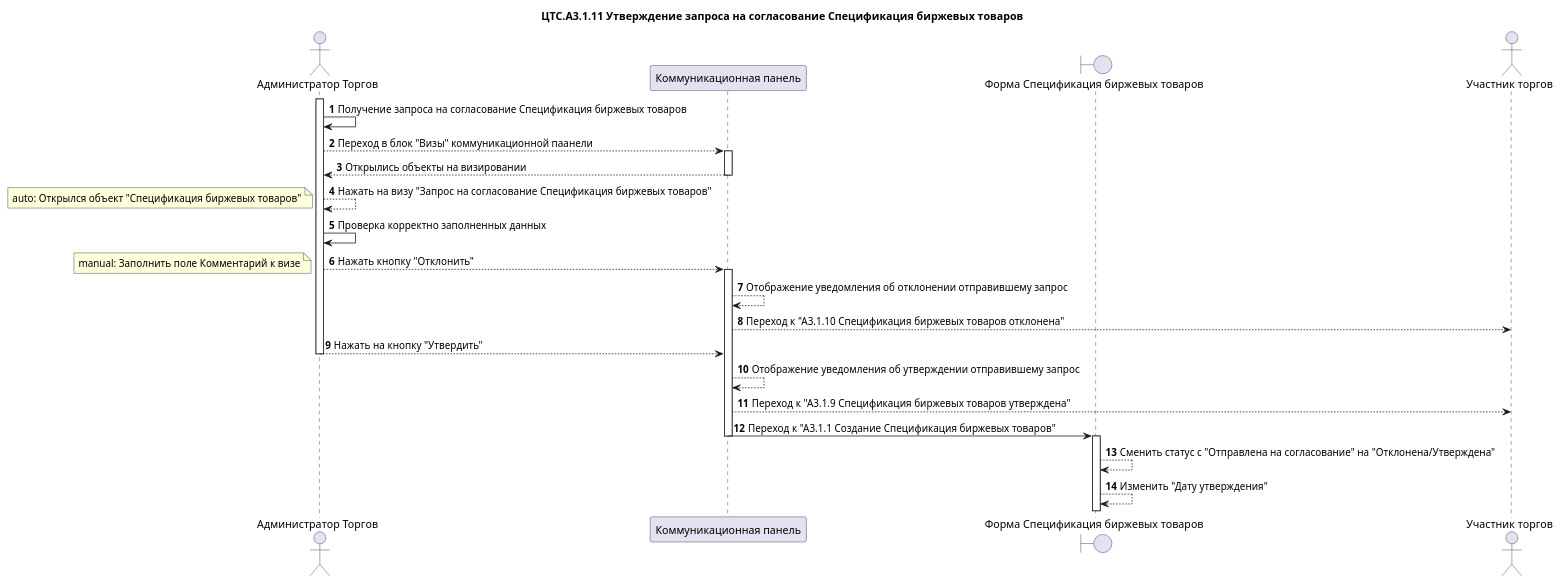
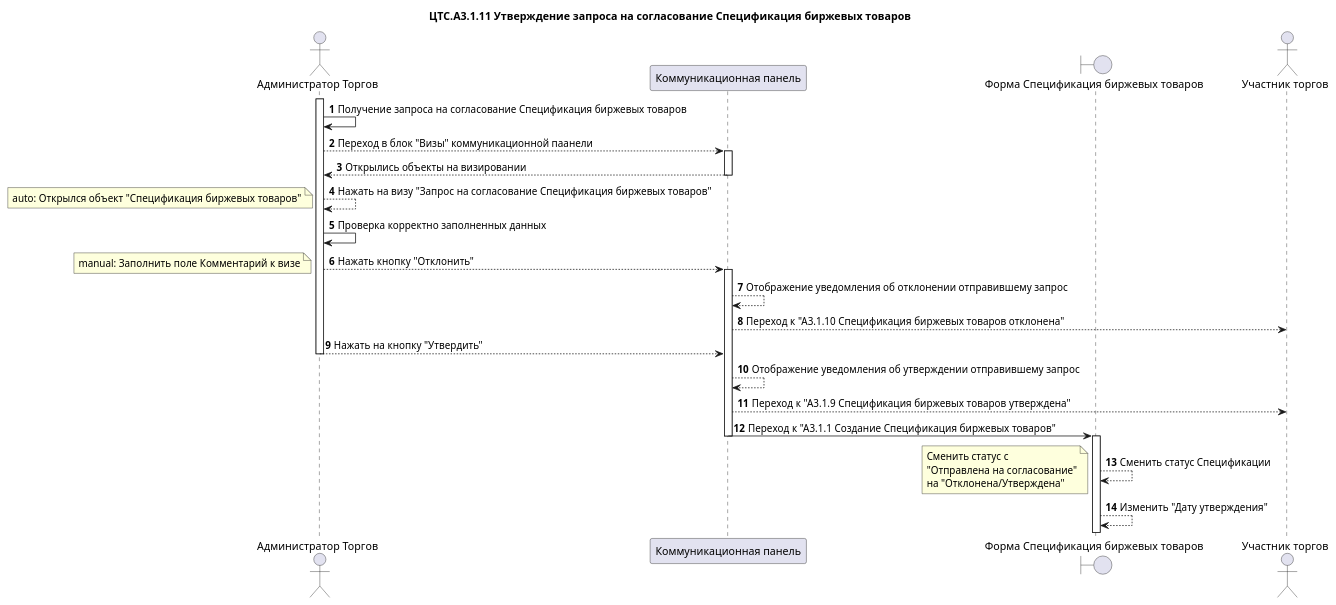
Before and after one commit to moaxmoaxpxrf4jag/CTS.Documentation: the diagram in Project solutions/БП. Диаграммы/A3.Управление Каталогом ТРУ/A3.1.Допуск товара к торгам/ЦТС.А3.1.11 Утверждение запроса на согласование Спецификация биржевых товаров.wsd, drawn with PlantUML.

Commit message:
Корректировка

```diff
--- a/Project solutions/БП. Диаграммы/A3.Управление Каталогом ТРУ/A3.1.Допуск товара к торгам/ЦТС.А3.1.11 Утверждение запроса на согласование Спецификация биржевых товаров.wsd
+++ b/Project solutions/БП. Диаграммы/A3.Управление Каталогом ТРУ/A3.1.Допуск товара к торгам/ЦТС.А3.1.11 Утверждение запроса на согласование Спецификация биржевых товаров.wsd
@@ -1,48 +1,53 @@
 @startuml "ЦТС.А3.1 Допуск товара к торгам"
 title "ЦТС.А3.1.11 Утверждение запроса на согласование Спецификация биржевых товаров"
 actor "Администратор Торгов" as UserCTS
 participant "Коммуникационная панель" as CommunicationPanel
 boundary "Форма Спецификация биржевых товаров" as Specification
 actor "Участник торгов" as User
 
 autonumber
 
 activate UserCTS
 UserCTS->UserCTS: Получение запроса на согласование Спецификация биржевых товаров
 
 
 UserCTS-->CommunicationPanel: Переход в блок "Визы" коммуникационной паанели
 activate CommunicationPanel
 CommunicationPanel-->UserCTS: Открылись объекты на визировании
 deactivate CommunicationPanel
 UserCTS-->UserCTS: Нажать на визу "Запрос на согласование Спецификация биржевых товаров"
 
 note left
  auto: Открылся объект "Спецификация биржевых товаров"
 end note 
 
 UserCTS->UserCTS: Проверка корректно заполненных данных
 
         UserCTS-->CommunicationPanel: Нажать кнопку "Отклонить"
     note left
          manual: Заполнить поле Комментарий к визе
     end note
     activate CommunicationPanel
 
 CommunicationPanel-->CommunicationPanel: Отображение уведомления об отклонении отправившему запрос
 
 CommunicationPanel-->User: Переход к "А3.1.10 Спецификация биржевых товаров отклонена"
 
 UserCTS-->CommunicationPanel: Нажать на кнопку "Утвердить"
 deactivate UserCTS
 CommunicationPanel-->CommunicationPanel: Отображение уведомления об утверждении отправившему запрос
 deactivate UserCTS
 CommunicationPanel-->User: Переход к "А3.1.9 Спецификация биржевых товаров утверждена"
 
 CommunicationPanel->Specification: Переход к "А3.1.1 Создание Спецификация биржевых товаров"
 deactivate CommunicationPanel
 activate Specification
-Specification-->Specification: Сменить статус с "Отправлена на согласование" на "Отклонена/Утверждена"
+Specification-->Specification: Сменить статус Спецификации
+note left
+    Сменить статус с
+    "Отправлена на согласование"
+    на "Отклонена/Утверждена"
+end note
 Specification-->Specification: Изменить "Дату утверждения"
 
 @enduml
```
